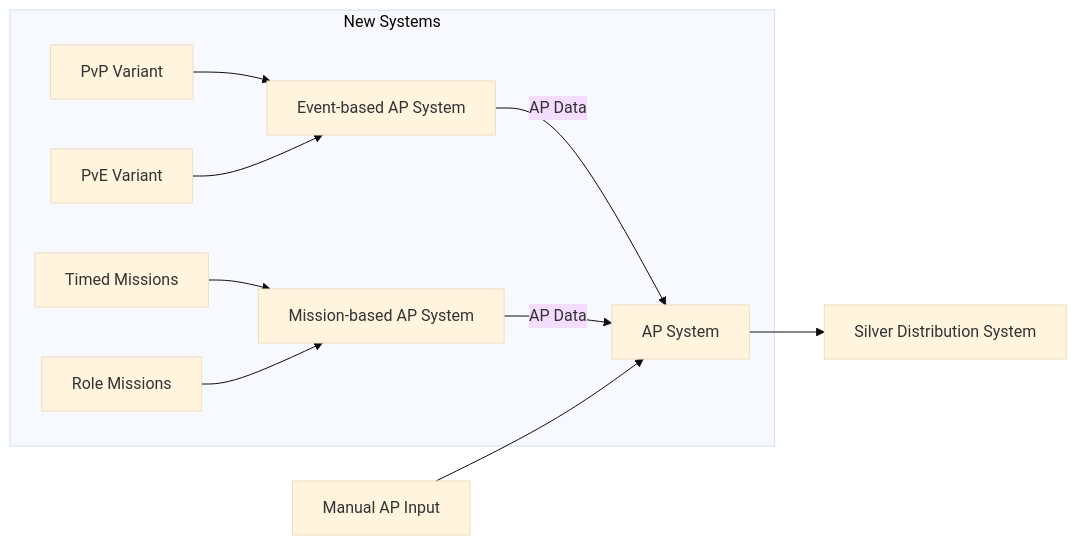
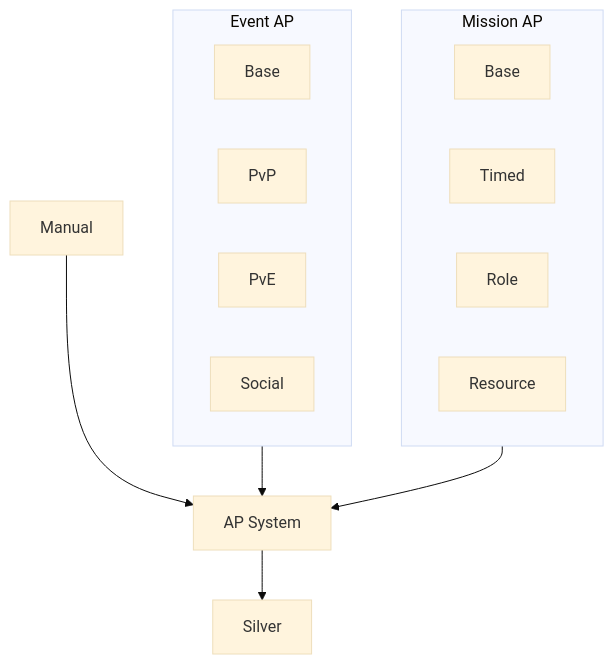
The diagram in new_point_system_option_a.md (ctse2k1/sfl-public-projects), drawn with Mermaid (base theme) before and after one commit. The commit also changed other lines of this file, not shown here.

Commit message:
Update new_point_system_option_a.md
Updated diagrams

````diff
--- a/new_point_system_option_a.md
+++ b/new_point_system_option_a.md
@@ -28,13 +29,21 @@
 ```mermaid
-flowchart LR
-    subgraph New Systems
-        A[Event-based AP System] -->|AP Data| C[AP System]
-        B[Mission-based AP System] -->|AP Data| C
-        A1[PvP Variant] --> A
-        A2[PvE Variant] --> A
-        B1[Timed Missions] --> B
-        B2[Role Missions] --> B
+flowchart TD
+    subgraph EventSystem[Event AP]
+        BaseEvent[Base]
+        PvP[PvP]
+        PvE[PvE]
+        Social[Social]
     end
-    C --> D[Silver Distribution System]
-    E[Manual AP Input] --> C
+
+    subgraph MissionSystem[Mission AP]
+        BaseMission[Base]
+        Timed[Timed]
+        Role[Role]
+        Resource[Resource]
+    end
+
+    EventSystem --> APSystem[AP System]
+    MissionSystem --> APSystem
+    APSystem --> Silver[Silver]
+    Manual[Manual] --> APSystem
 ```
````
